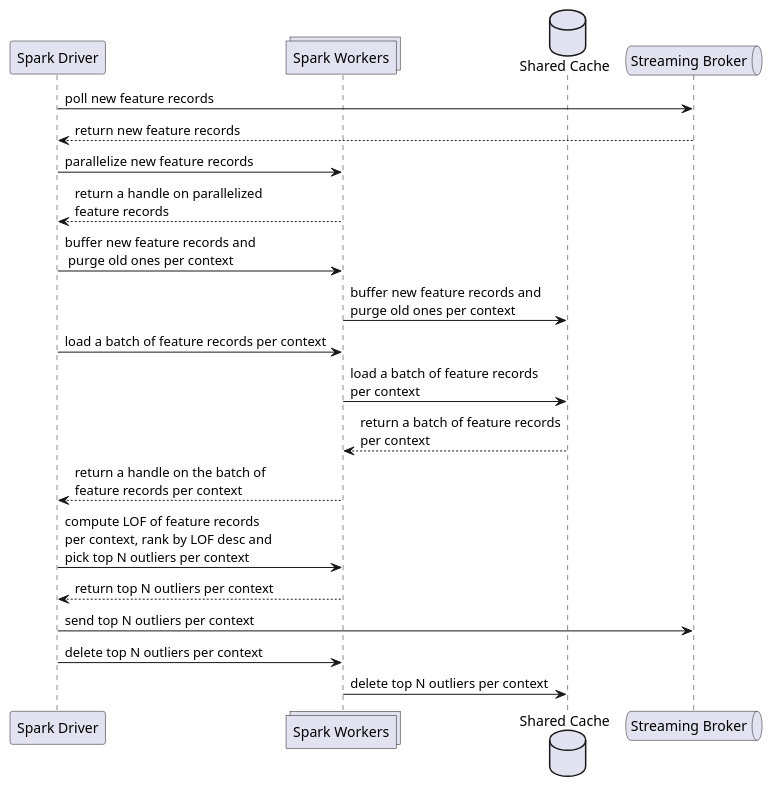
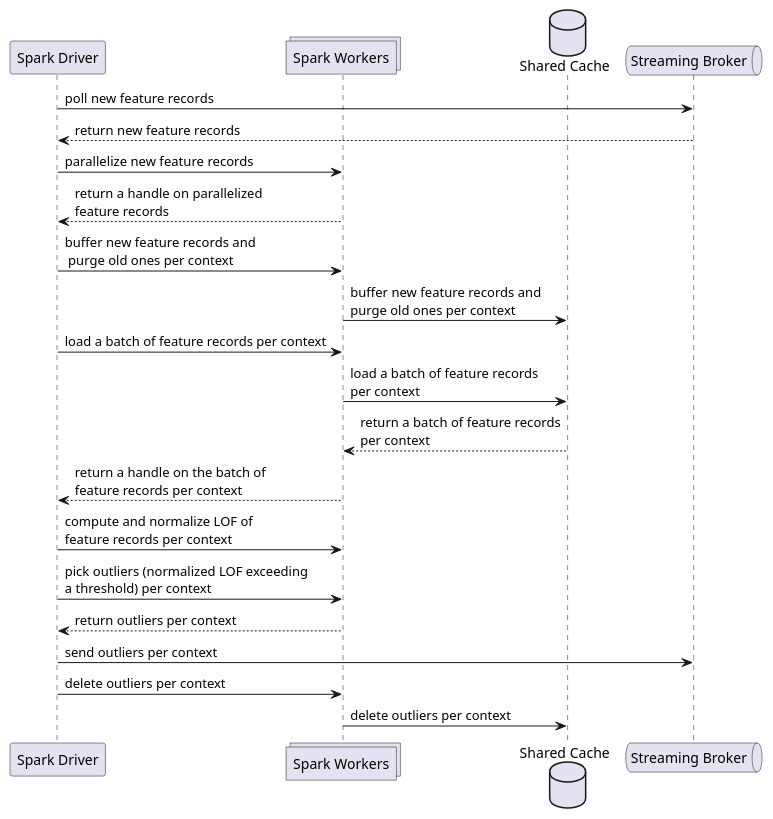
One commit to oiraqi/immunizer changed the diagram in microservices/analyzer/design/sequence-diagram.wsd. Above: the diagram before and after it, drawn with PlantUML. The commit also changed 5 other files, not shown here.

```diff
--- a/microservices/analyzer/design/sequence-diagram.wsd
+++ b/microservices/analyzer/design/sequence-diagram.wsd
@@ -1,21 +1,22 @@
 @startuml SequenceDiagram
 participant "Spark Driver" as Master
 collections "Spark Workers" as Workers
 database "Shared Cache" as Cache
 queue "Streaming Broker" as Broker
 Master -> Broker : poll new feature records
 Broker --> Master : return new feature records
 Master -> Workers : parallelize new feature records
 Workers --> Master : return a handle on parallelized\nfeature records
 Master -> Workers : buffer new feature records and\n purge old ones per context
 Workers -> Cache : buffer new feature records and\npurge old ones per context
 Master -> Workers : load a batch of feature records per context
 Workers -> Cache : load a batch of feature records\nper context
 Cache --> Workers : return a batch of feature records\nper context
 Workers --> Master : return a handle on the batch of\nfeature records per context
-Master -> Workers : compute LOF of feature records\nper context, rank by LOF desc and\npick top N outliers per context
-Workers --> Master : return top N outliers per context
-Master -> Broker : send top N outliers per context
-Master -> Workers : delete top N outliers per context
-Workers -> Cache : delete top N outliers per context
+Master -> Workers : compute and normalize LOF of\nfeature records per context
+Master -> Workers : pick outliers (normalized LOF exceeding\na threshold) per context
+Workers --> Master : return outliers per context
+Master -> Broker : send outliers per context
+Master -> Workers : delete outliers per context
+Workers -> Cache : delete outliers per context
 @enduml
```
